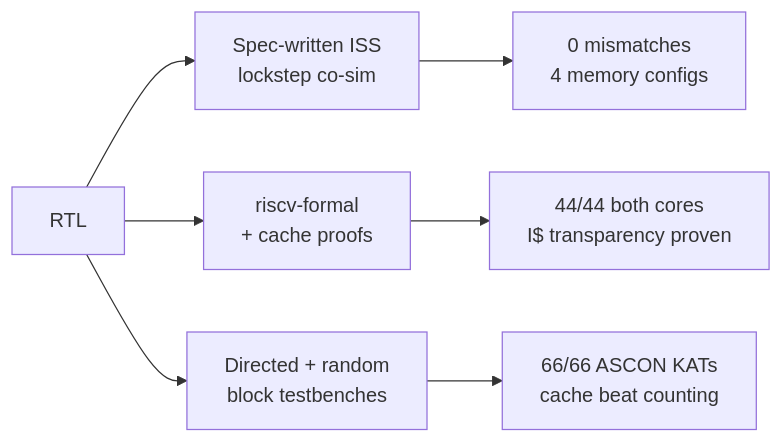
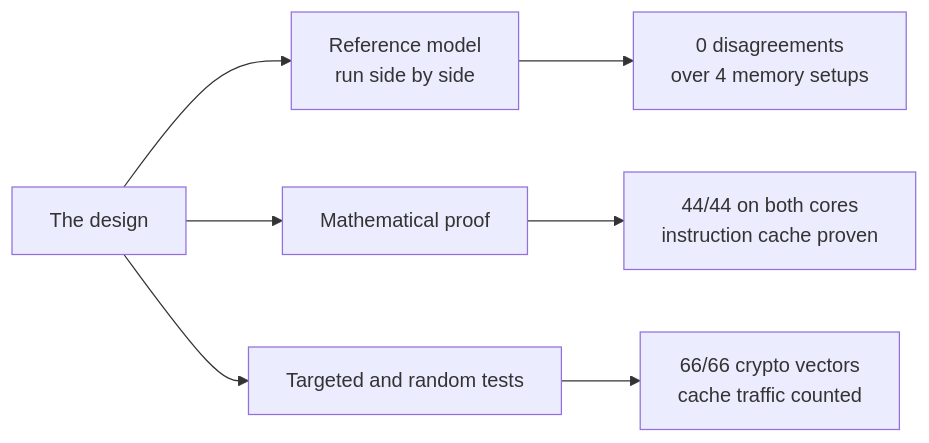
One commit to VineetChadalavada/tinyTrust changed the second of 3 diagrams in README.md. Above: the diagram before and after it, drawn with Mermaid. The commit also changed other lines of this file, not shown here.

````diff
--- a/README.md
+++ b/README.md
@@ -118,13 +137,13 @@
 ```mermaid
 flowchart LR
-    RTL["RTL"]
-    ISS["Spec-written ISS<br/>lockstep co-sim"]
-    FV["riscv-formal<br/>+ cache proofs"]
-    TB["Directed + random<br/>block testbenches"]
+    RTL["The design"]
+    ISS["Reference model<br/>run side by side"]
+    FV["Mathematical proof"]
+    TB["Targeted and random tests"]
     RTL --> ISS
     RTL --> FV
     RTL --> TB
-    ISS --> R["0 mismatches<br/>4 memory configs"]
-    FV --> R2["44/44 both cores<br/>I$ transparency proven"]
-    TB --> R3["66/66 ASCON KATs<br/>cache beat counting"]
+    ISS --> R["0 disagreements<br/>over 4 memory setups"]
+    FV --> R2["44/44 on both cores<br/>instruction cache proven"]
+    TB --> R3["66/66 crypto vectors<br/>cache traffic counted"]
 ```
````
